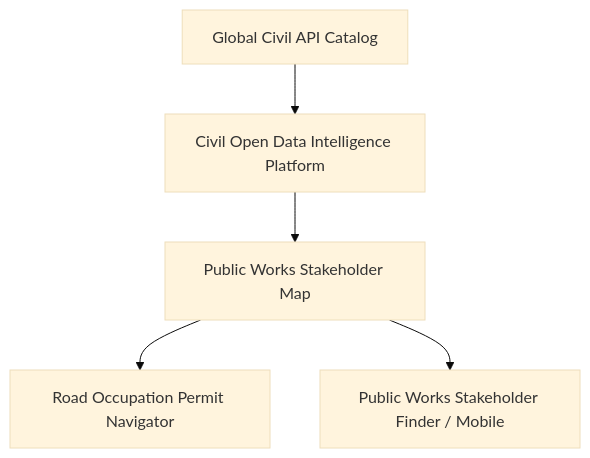
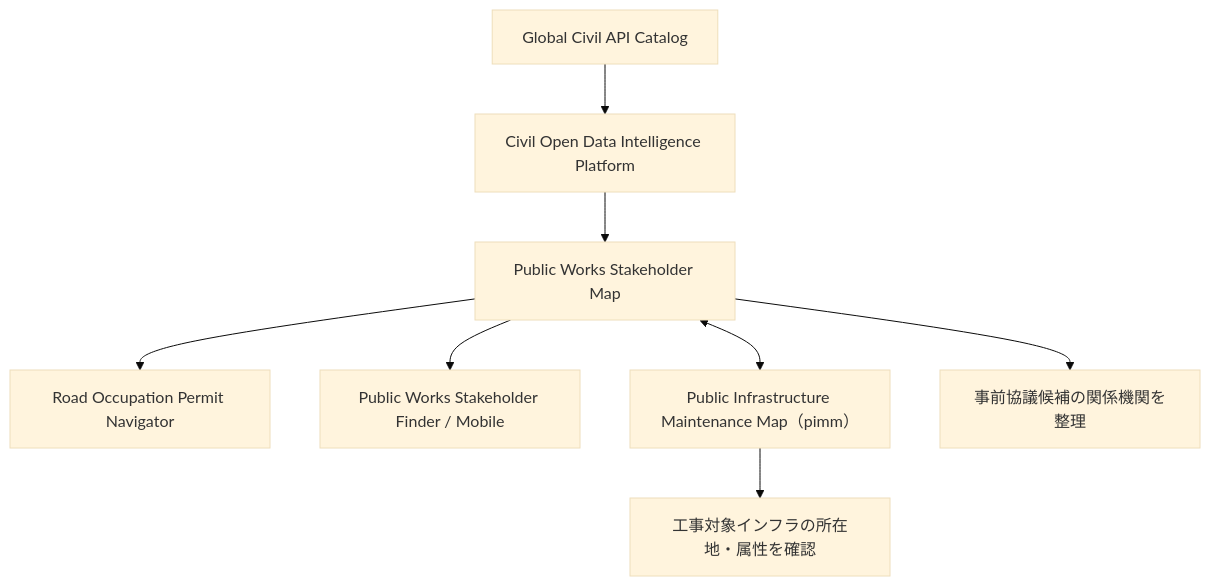
The eighth of 8 diagrams in README.md (Kensan196948G/Public-Works-Stakeholder-Map), drawn with Mermaid (base theme) before and after one commit. The commit also changed other lines of this file, not shown here.

First line of the commit message:
docs(readme): pimm（Public Infrastructure Maintenance Map）との相互リンク・役割分担を拡充 (#73)

````diff
--- a/README.md
+++ b/README.md
@@ -393,7 +393,10 @@
 ```mermaid
 flowchart TD
     A["Global Civil API Catalog"] --> B["Civil Open Data Intelligence Platform"]
     B --> C["Public Works Stakeholder Map"]
     C --> D["Road Occupation Permit Navigator"]
     C --> E["Public Works Stakeholder Finder / Mobile"]
+    C <--> F["Public Infrastructure Maintenance Map（pimm）"]
+    F --> G["工事対象インフラの所在地・属性を確認"]
+    C --> H["事前協議候補の関係機関を整理"]
 ```
````
